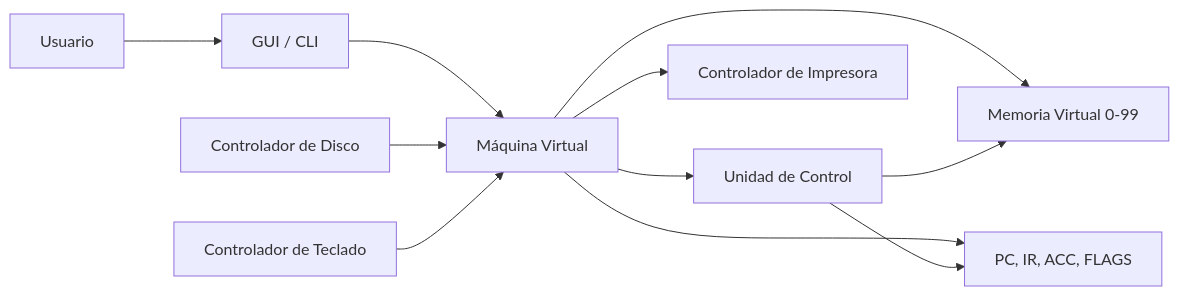
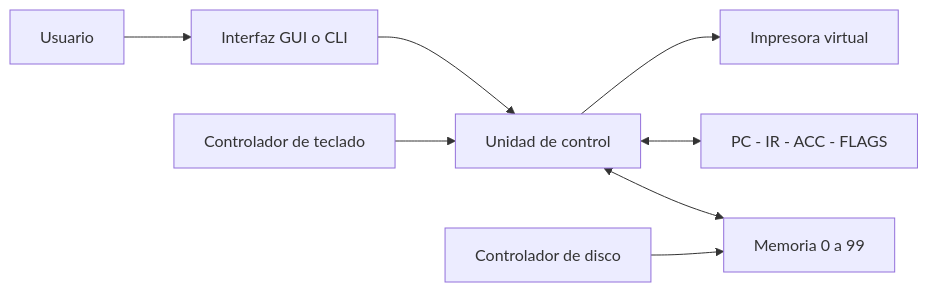
One commit to Josebucardo/simulador-maquina-virtual changed the first of 4 diagrams in docs/DOCUMENTO_TECNICO_GRUPO13.md. Above: the diagram before and after it, drawn with Mermaid. The commit also changed other lines of this file and 86 other files, not shown here.

````diff
--- a/docs/DOCUMENTO_TECNICO_GRUPO13.md
+++ b/docs/DOCUMENTO_TECNICO_GRUPO13.md
@@ -69,13 +242,10 @@
 ```mermaid
 flowchart LR
-    Usuario --> Interfaz[GUI / CLI]
-    Interfaz --> VM[Máquina Virtual]
-    Disco[Controlador de Disco] --> VM
-    VM --> Memoria[Memoria Virtual 0-99]
-    VM --> Registros[PC, IR, ACC, FLAGS]
-    VM --> UC[Unidad de Control]
-    UC --> Memoria
-    UC --> Registros
-    Teclado[Controlador de Teclado] --> VM
-    VM --> Impresora[Controlador de Impresora]
+    Usuario --> Interfaz[Interfaz GUI o CLI]
+    Interfaz --> UC[Unidad de control]
+    UC <--> Memoria[Memoria 0 a 99]
+    UC <--> Registros[PC - IR - ACC - FLAGS]
+    Disco[Controlador de disco] --> Memoria
+    Teclado[Controlador de teclado] --> UC
+    UC --> Impresora[Impresora virtual]
 ```
````
